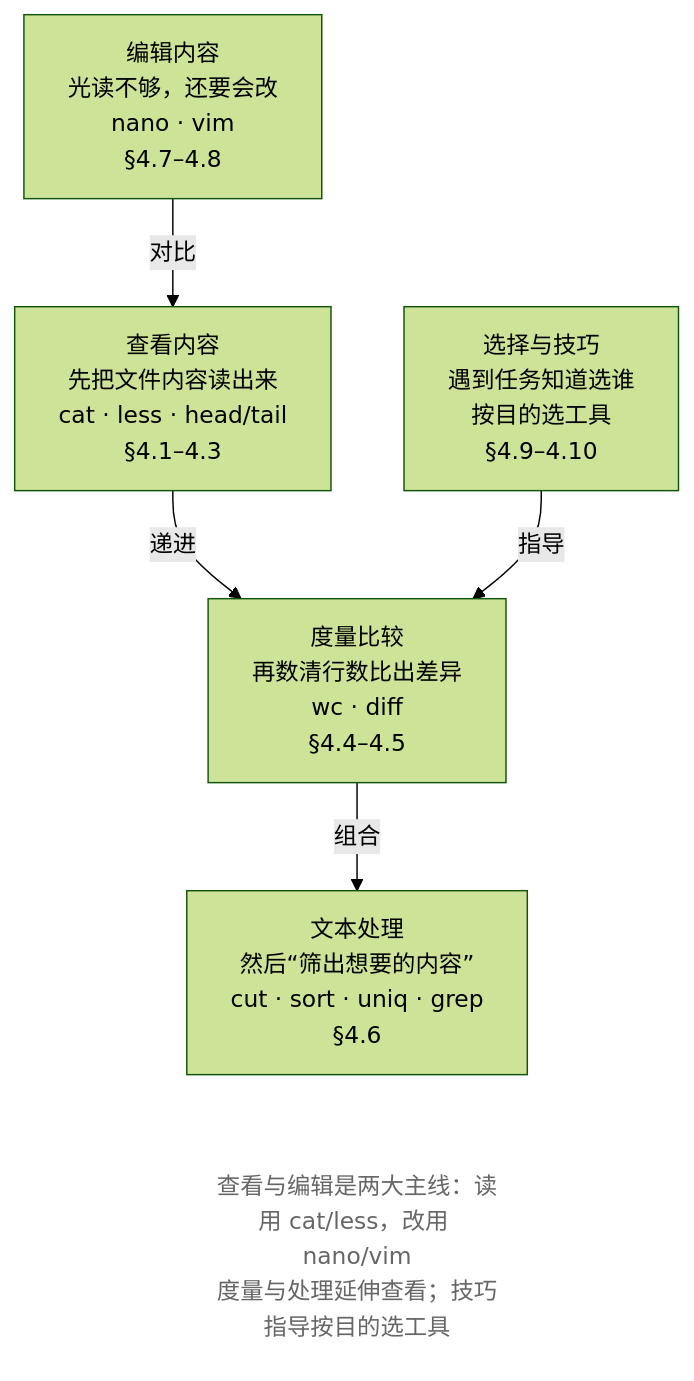
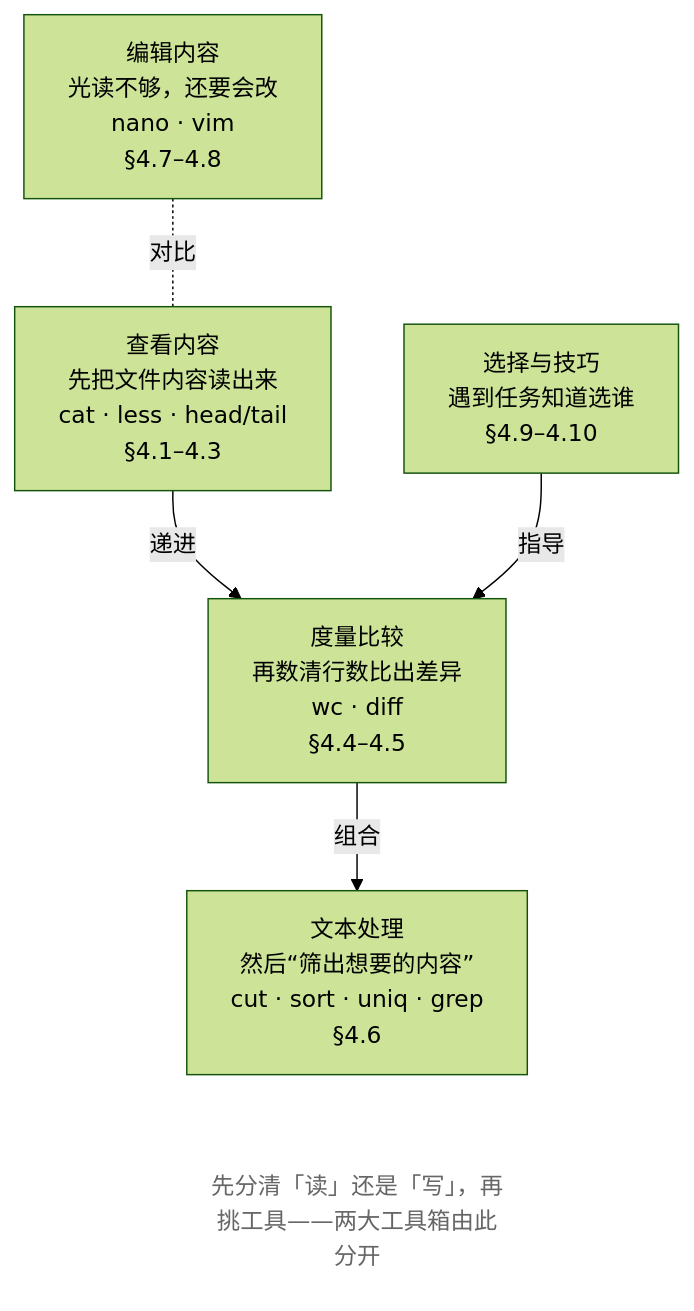
Before and after one commit to wangxiangnan/wangxiangnan.github.io: the first of 2 diagrams in src/linux-command/ch04.md, drawn with Mermaid (forest theme). The commit also changed other lines of this file and 25 other files, not shown here.

````diff
--- a/src/linux-command/ch04.md
+++ b/src/linux-command/ch04.md
@@ -14,18 +14,18 @@
 ```mermaid
 flowchart TB
     A["查看内容<br>先把文件内容读出来<br>cat · less · head/tail<br>§4.1–4.3"]
     B["编辑内容<br>光读不够，还要会改<br>nano · vim<br>§4.7–4.8"]
     C["度量比较<br>再数清行数比出差异<br>wc · diff<br>§4.4–4.5"]
-    D["选择与技巧<br>遇到任务知道选谁<br>按目的选工具<br>§4.9–4.10"]
+    D["选择与技巧<br>遇到任务知道选谁<br>§4.9–4.10"]
     E["文本处理<br>然后“筛出想要的内容”<br>cut · sort · uniq · grep<br>§4.6"]
-    NOTE["查看与编辑是两大主线：读用 cat/less，改用 nano/vim<br>度量与处理延伸查看；技巧指导按目的选工具"]
+    NOTE["先分清「读」还是「写」，再挑工具——两大工具箱由此分开"]
 
-    B -->|对比| A
+    B -.-|对比| A
     A -->|递进| C
     D -->|指导| C
     C -->|组合| E
     E ~~~ NOTE
 
     classDef note fill:none,stroke:none,color:#666
     class NOTE note
 ```
````
